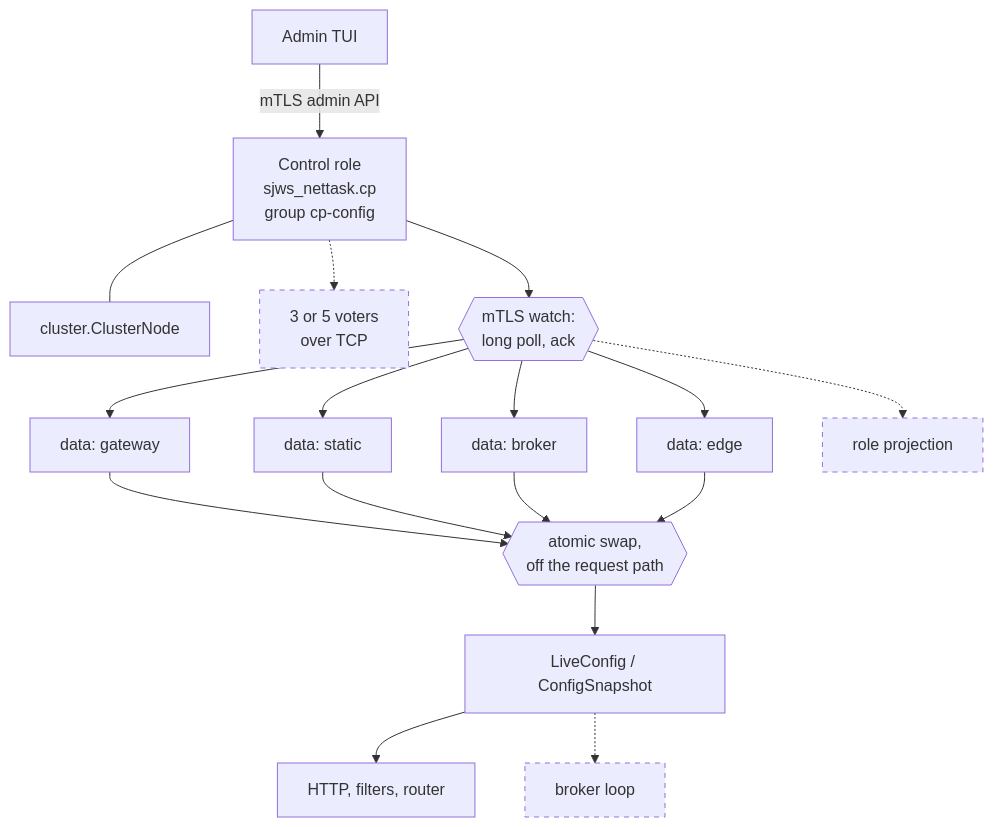
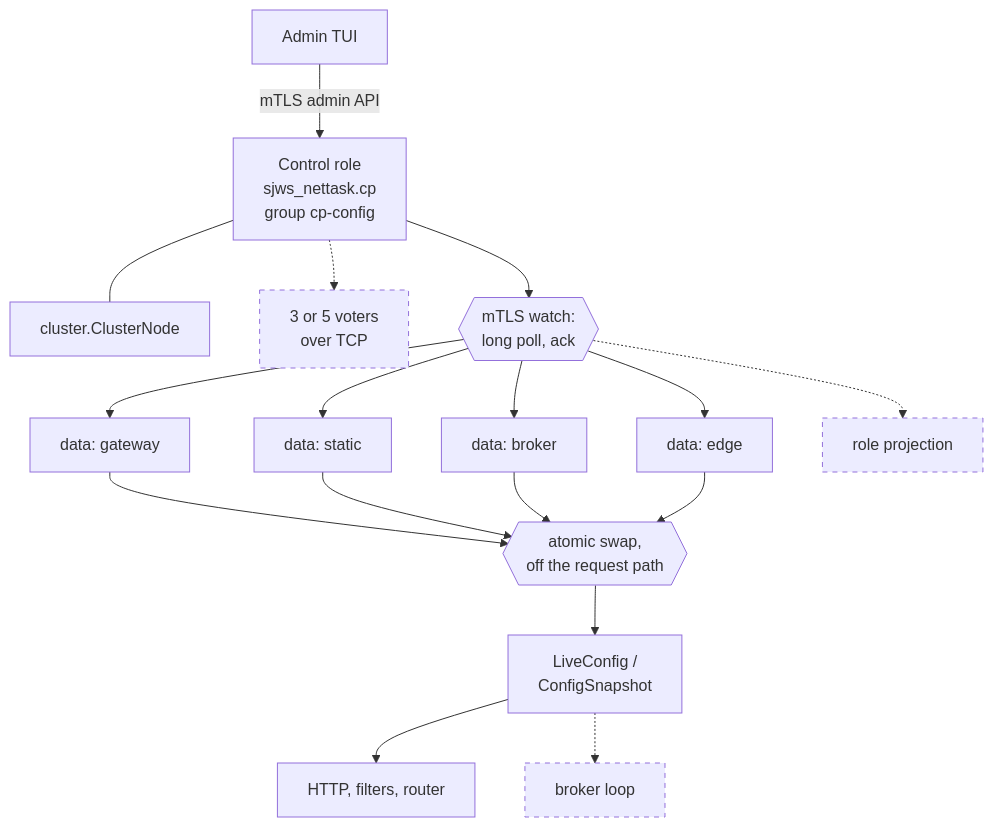
One commit to BlivionIaG/sjws_nettask changed the first of 6 diagrams in docs/design/control-plane.md. Above: the diagram before and after it, drawn with Mermaid. The commit also changed other lines of this file and 19 other files, not shown here.

First line of the commit message:
docs: fix the diagrams the fact-check found imprecise

````diff
--- a/docs/design/control-plane.md
+++ b/docs/design/control-plane.md
@@ -47,22 +47,22 @@
 ```mermaid
 flowchart TD
     tui["Admin TUI"] -->|"mTLS admin API"| cp["Control role<br/>sjws_nettask.cp<br/>group cp-config"]
     cp --- raft["cluster.ClusterNode"]
     cp -.-> mv["3 or 5 voters<br/>over TCP"]
     cp --> w{{"mTLS watch:<br/>long poll, ack"}}
     w --> g["data: gateway"]
     w --> st["data: static"]
     w --> b["data: broker"]
     w --> e["data: edge"]
     w -.-> pj["role projection"]
     g --> sw{{"atomic swap,<br/>off the request path"}}
     st --> sw
     b --> sw
     e --> sw
-    sw --> live["LiveConfig / ConfigSnapshot"]
+    sw --> live["LiveConfig /<br/>ConfigSnapshot"]
     live --> use["HTTP, filters, router"]
     live -.-> bl["broker loop"]
 
     classDef design stroke-dasharray: 5 5
     class mv,pj,bl design
 ```
````
